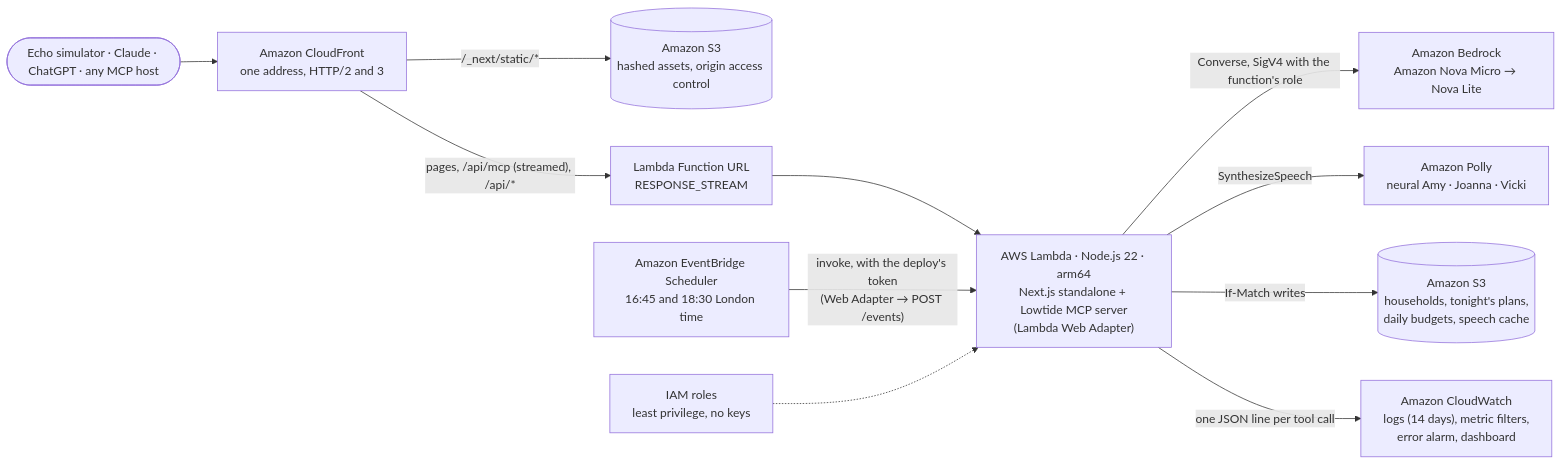
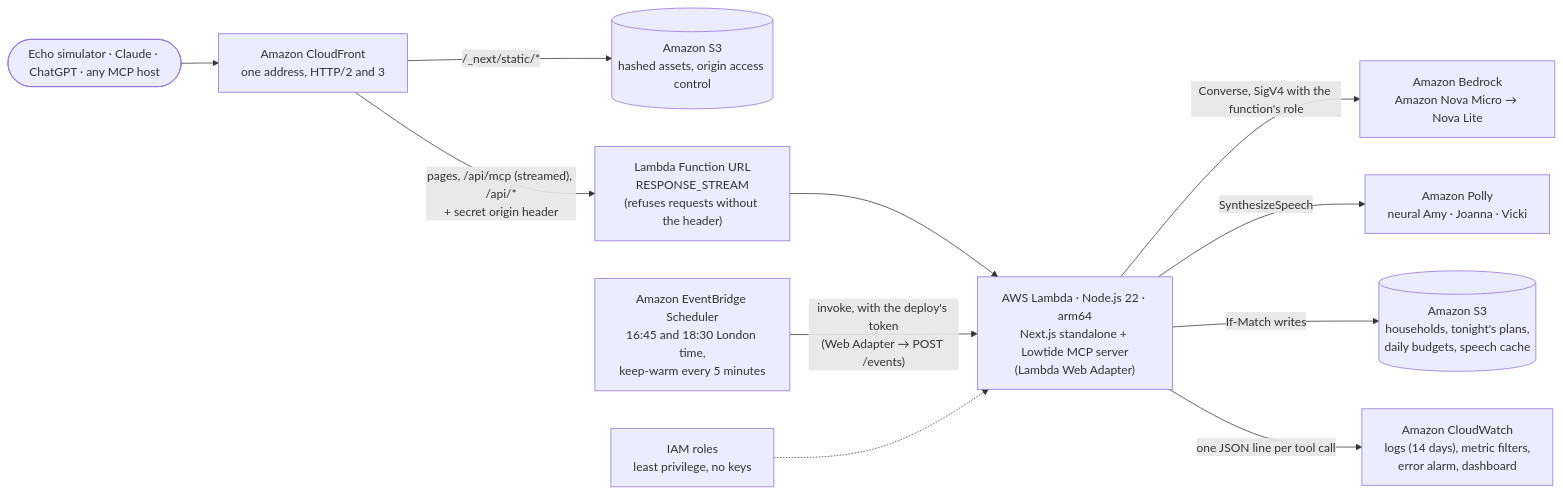
Before and after one commit to RohanGlitched/lowtide: the third of 3 diagrams in README.md, drawn with Mermaid. The commit also changed other lines of this file, not shown here.

````diff
--- a/README.md
+++ b/README.md
@@ -145,13 +145,13 @@
 ```mermaid
 flowchart LR
     V(["Echo simulator · Claude · ChatGPT · any MCP host"]) --> CF["Amazon CloudFront<br/>one address, HTTP/2 and 3"]
     CF -- "/_next/static/*" --> S3S[("Amazon S3<br/>hashed assets, origin access control")]
-    CF -- "pages, /api/mcp (streamed), /api/*" --> URL["Lambda Function URL<br/>RESPONSE_STREAM"]
+    CF -- "pages, /api/mcp (streamed), /api/*<br/>+ secret origin header" --> URL["Lambda Function URL<br/>RESPONSE_STREAM<br/>(refuses requests without the header)"]
     URL --> L["AWS Lambda · Node.js 22 · arm64<br/>Next.js standalone + Lowtide MCP server<br/>(Lambda Web Adapter)"]
     L -- "Converse, SigV4 with the function's role" --> BR["Amazon Bedrock<br/>Amazon Nova Micro → Nova Lite"]
     L -- "SynthesizeSpeech" --> PO["Amazon Polly<br/>neural Amy · Joanna · Vicki"]
     L -- "If-Match writes" --> S3H[("Amazon S3<br/>households, tonight's plans,<br/>daily budgets, speech cache")]
     L -- "one JSON line per tool call" --> CW["Amazon CloudWatch<br/>logs (14 days), metric filters,<br/>error alarm, dashboard"]
-    EB["Amazon EventBridge Scheduler<br/>16:45 and 18:30 London time"] -- "invoke, with the deploy's token<br/>(Web Adapter → POST /events)" --> L
+    EB["Amazon EventBridge Scheduler<br/>16:45 and 18:30 London time,<br/>keep-warm every 5 minutes"] -- "invoke, with the deploy's token<br/>(Web Adapter → POST /events)" --> L
     IAM["IAM roles<br/>least privilege, no keys"] -.-> L
 ```
````
